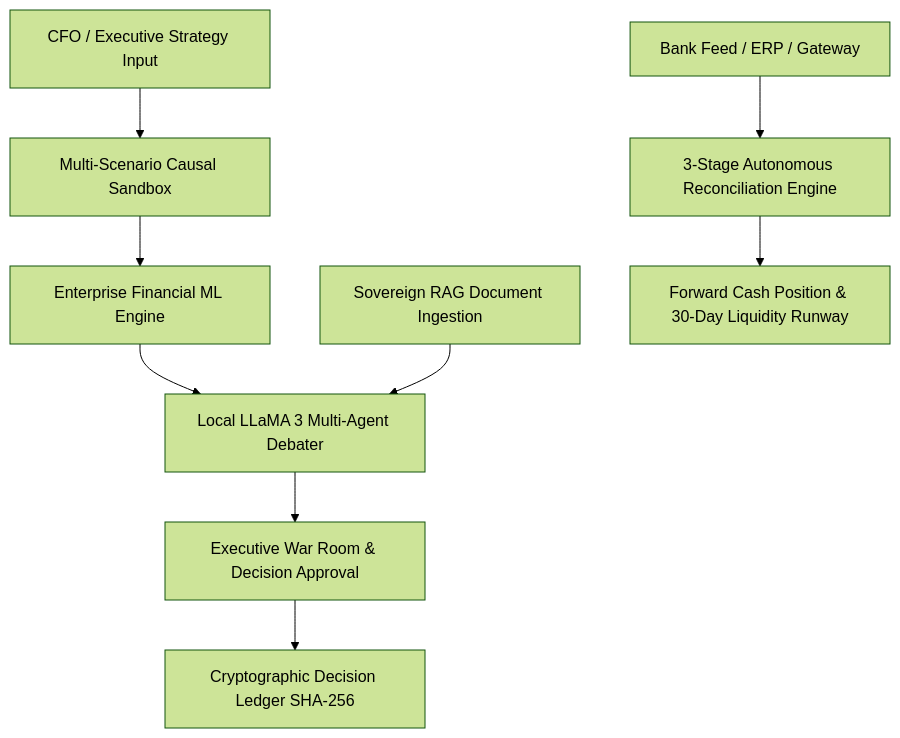
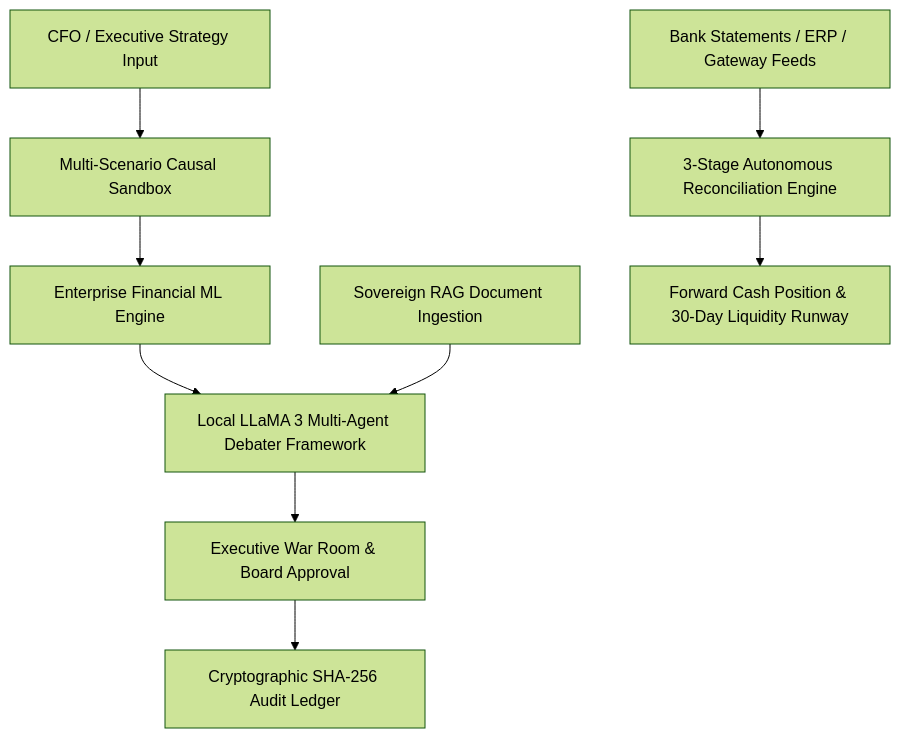
The diagram in README.md (jaimiltrived/BUILDTHON-), drawn with Mermaid (forest theme) before and after one commit. The commit also changed other lines of this file, not shown here.

````diff
--- a/README.md
+++ b/README.md
@@ -21,11 +22,11 @@
 ```mermaid
 graph TD
     A[CFO / Executive Strategy Input] --> B[Multi-Scenario Causal Sandbox]
     B --> C[Enterprise Financial ML Engine]
-    C --> D[Local LLaMA 3 Multi-Agent Debater]
+    C --> D[Local LLaMA 3 Multi-Agent Debater Framework]
     E[Sovereign RAG Document Ingestion] --> D
-    D --> F[Executive War Room & Decision Approval]
-    F --> G[Cryptographic Decision Ledger SHA-256]
-    H[Bank Feed / ERP / Gateway] --> I[3-Stage Autonomous Reconciliation Engine]
+    D --> F[Executive War Room & Board Approval]
+    F --> G[Cryptographic SHA-256 Audit Ledger]
+    H[Bank Statements / ERP / Gateway Feeds] --> I[3-Stage Autonomous Reconciliation Engine]
     I --> J[Forward Cash Position & 30-Day Liquidity Runway]
 ```
````
